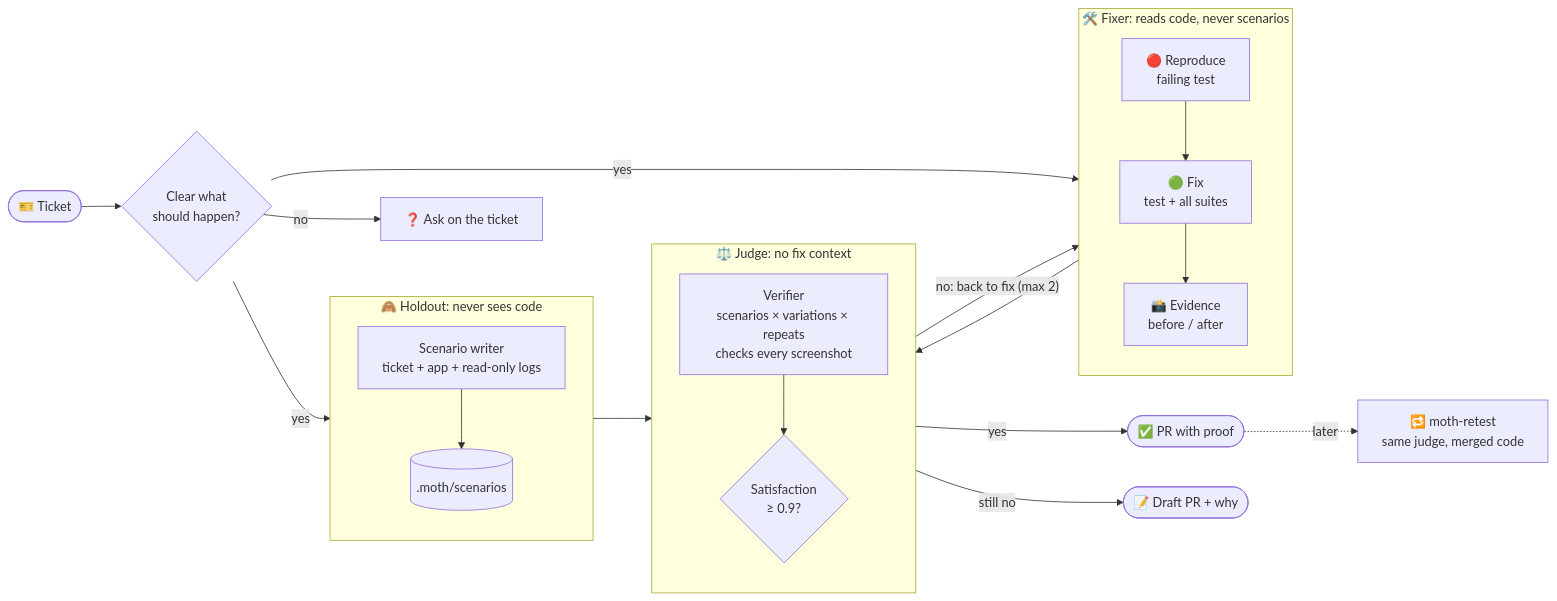
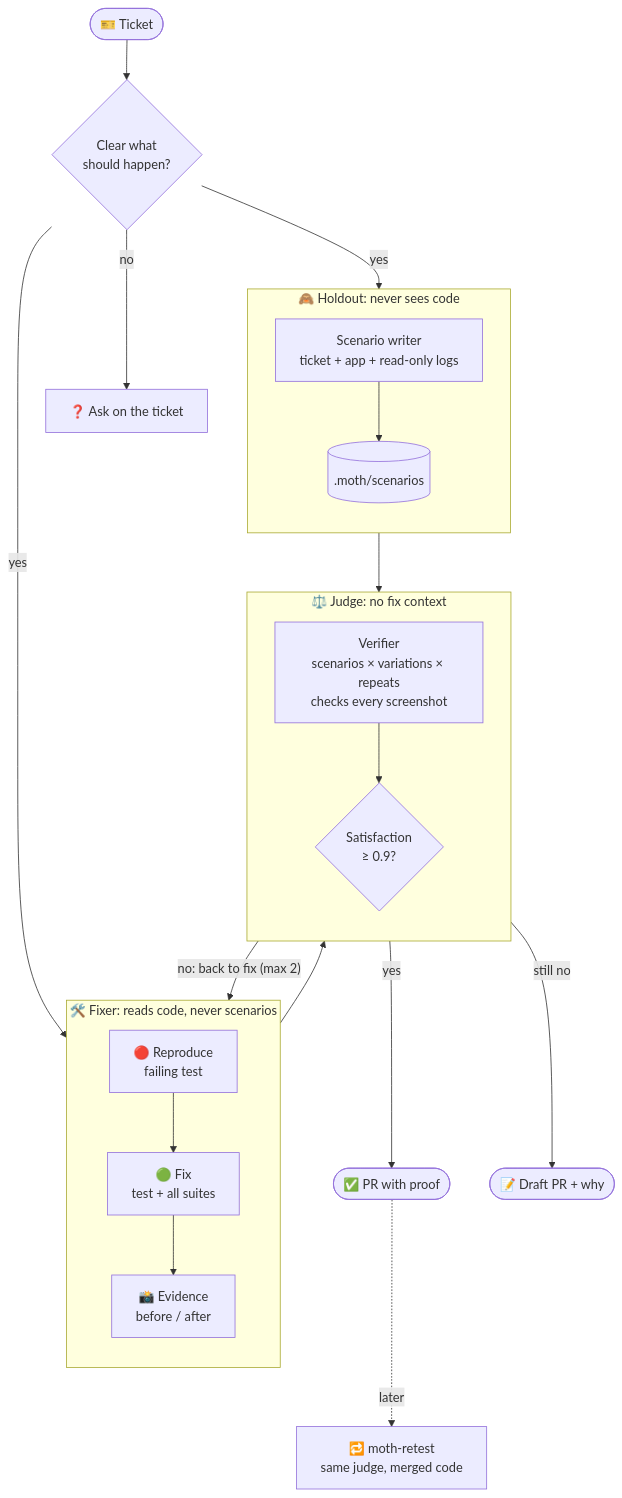
One commit to RomanBarashcov/moth changed the diagram in README.md. Above: the diagram before and after it, drawn with Mermaid.

Commit message:
docs(readme): vertical flow diagram
Top-down reads easier than left-to-right: ticket, then the fixer and
holdout lanes side by side, then the judge and the outcome.

````diff
--- a/README.md
+++ b/README.md
@@ -71,30 +71,30 @@
 ```mermaid
-flowchart LR
+flowchart TD
     T([🎫 Ticket]) --> I{Clear what<br/>should happen?}
     I -- no --> Q[❓ Ask on the ticket]
 
     subgraph F["🛠️ Fixer: reads code, never scenarios"]
         direction TB
         R[🔴 Reproduce<br/>failing test] --> X[🟢 Fix<br/>test + all suites] --> E[📸 Evidence<br/>before / after]
     end
 
     subgraph H["🙈 Holdout: never sees code"]
         direction TB
         W[Scenario writer<br/>ticket + app + read-only logs] --> S[(.moth/scenarios)]
     end
 
     I -- yes --> R
     I -- yes --> W
 
     subgraph J["⚖️ Judge: no fix context"]
         direction TB
         V[Verifier<br/>scenarios × variations × repeats<br/>checks every screenshot] --> SC{Satisfaction<br/>≥ 0.9?}
     end
 
     E --> V
     S --> V
     SC -- yes --> PR([✅ PR with proof])
     SC -- "no: back to fix (max 2)" --> X
     SC -- still no --> D([📝 Draft PR + why])
     PR -. later .-> RT[🔁 moth-retest<br/>same judge, merged code]
 ```
````
